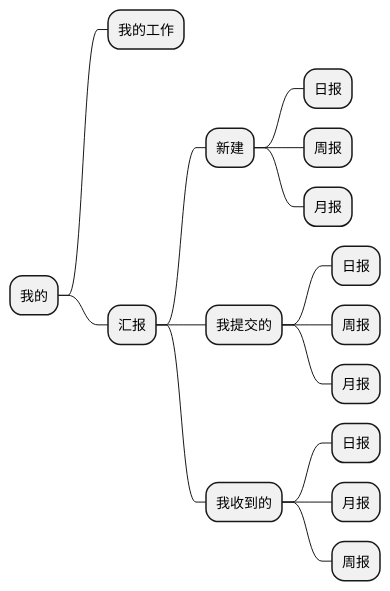
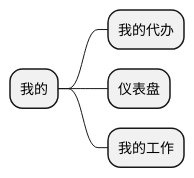
One commit to zj335841911/nt_chandao changed the diagram in ibizpms-docs/src/main/doc/v1/app/mob/My.md. Above: the diagram before and after it, drawn with PlantUML. The commit also changed other lines of this file and 62 other files, not shown here.

```diff
--- a/ibizpms-docs/src/main/doc/v1/app/mob/My.md
+++ b/ibizpms-docs/src/main/doc/v1/app/mob/My.md
@@ -5,19 +5,8 @@
 {% plantuml %}
 @startmindmap
 * 我的
+** 我的代办
+** 仪表盘
 ** 我的工作
-** 汇报
-*** 新建
-**** 日报
-**** 周报
-**** 月报
-*** 我提交的
-**** 日报
-**** 周报
-**** 月报
-*** 我收到的
-**** 日报
-**** 月报
-**** 周报
 @endmindmap
 {% endplantuml %}
```
